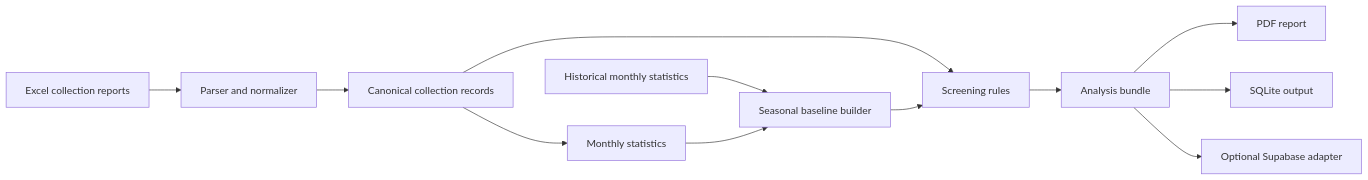
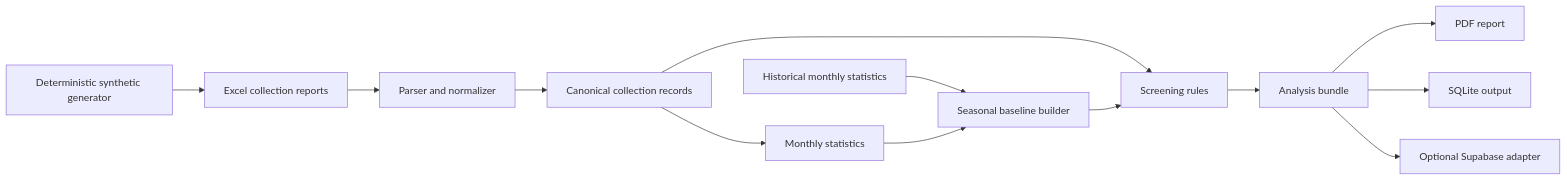
The diagram in docs/architecture.md (lamenting-hawthorn/milk-quality-screening), drawn with Mermaid before and after one commit. The commit also changed other lines of this file and 2 other files, not shown here.

Commit message:
docs: add synthetic demo walkthrough

````diff
--- a/docs/architecture.md
+++ b/docs/architecture.md
@@ -15,14 +15,15 @@
 ```mermaid
 flowchart LR
     A["Excel collection reports"] --> B["Parser and normalizer"]
     B --> C["Canonical collection records"]
     C --> D["Monthly statistics"]
     H["Historical monthly statistics"] --> E["Seasonal baseline builder"]
     D --> E
     C --> F["Screening rules"]
     E --> F
     F --> G["Analysis bundle"]
     G --> I["PDF report"]
     G --> J["SQLite output"]
     G --> K["Optional Supabase adapter"]
+    L["Deterministic synthetic generator"] --> A
 ```
````
